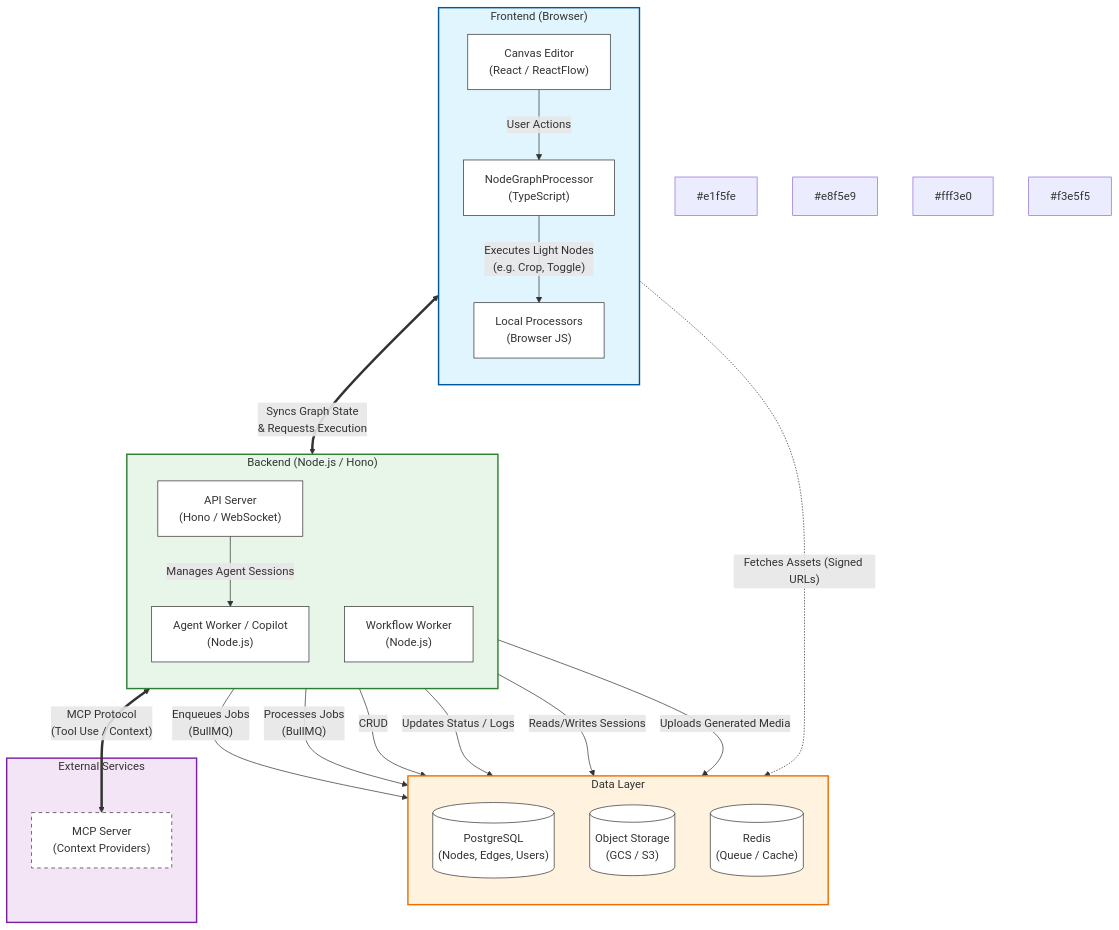
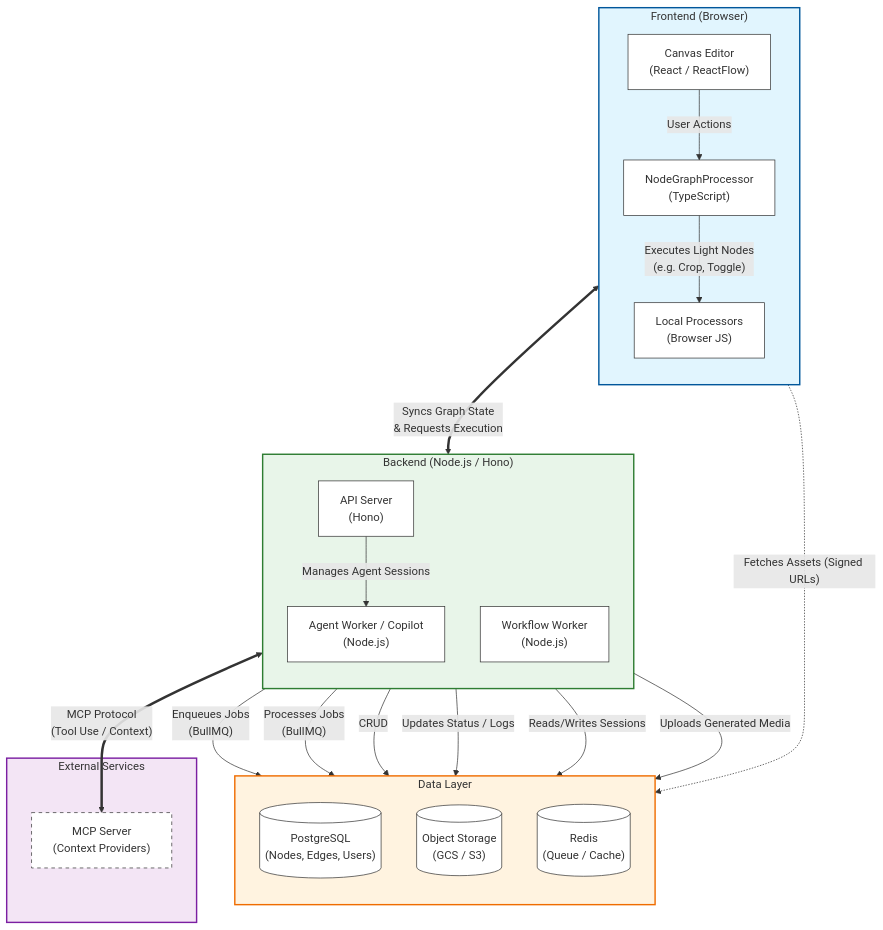
One commit to gatewai-dev/Gatewai changed the diagram in docs/architecture_diagram.md. Above: the diagram before and after it, drawn with Mermaid.

````diff
--- a/docs/architecture_diagram.md
+++ b/docs/architecture_diagram.md
@@ -5,70 +5,64 @@
 ```mermaid
 graph TB
-    %% Definitions
-    client_color["#e1f5fe"]
-    server_color["#e8f5e9"]
-    data_color["#fff3e0"]
-    ext_color["#f3e5f5"]
-
     subgraph Frontend["Frontend (Browser)"]
         direction TB
         style Frontend fill:#e1f5fe,stroke:#01579b,stroke-width:2px
         
         CanvasEditor["Canvas Editor<br>(React / ReactFlow)"]:::component
         NodeGraphProcessor["NodeGraphProcessor<br>(TypeScript)"]:::component
         LocalProcessors["Local Processors<br>(Browser JS)"]:::component
         
         CanvasEditor -- "User Actions" --> NodeGraphProcessor
         NodeGraphProcessor -- "Executes Light Nodes<br>(e.g. Crop, Toggle)" --> LocalProcessors
     end
 
     subgraph Backend["Backend (Node.js / Hono)"]
         direction TB
         style Backend fill:#e8f5e9,stroke:#2e7d32,stroke-width:2px
         
-        APIServer["API Server<br>(Hono / WebSocket)"]:::component
+        APIServer["API Server<br>(Hono)"]:::component
         WorkflowWorker["Workflow Worker<br>(Node.js)"]:::component
         AgentWorker["Agent Worker / Copilot<br>(Node.js)"]:::component
         
         APIServer -- "Manages Agent Sessions" --> AgentWorker
     end
 
     subgraph DataLayer["Data Layer"]
         direction TB
         style DataLayer fill:#fff3e0,stroke:#ef6c00,stroke-width:2px
         
         PostgreSQL[("PostgreSQL<br>(Nodes, Edges, Users)")]:::database
         ObjectStorage[("Object Storage<br>(GCS / S3)")]:::database
         Redis[("Redis<br>(Queue / Cache)")]:::database
     end
 
     subgraph External["External Services"]
         style External fill:#f3e5f5,stroke:#7b1fa2,stroke-width:2px
         
         MCPServer["MCP Server<br>(Context Providers)"]:::external
     end
 
     %% Key Interactions
     NodeGraphProcessor <== "Syncs Graph State<br>& Requests Execution" ==> APIServer
     
     %% Queue Interaction (BullMQ)
     APIServer -- "Enqueues Jobs<br>(BullMQ)" --> Redis
     WorkflowWorker -- "Processes Jobs<br>(BullMQ)" --> Redis
 
     %% Backend Data Access
     APIServer -- "CRUD" --> PostgreSQL
     WorkflowWorker -- "Updates Status / Logs" --> PostgreSQL
     AgentWorker -- "Reads/Writes Sessions" --> PostgreSQL
     
     %% Asset Flow
     WorkflowWorker -- "Uploads Generated Media" --> ObjectStorage
     NodeGraphProcessor -. "Fetches Assets (Signed URLs)" .-> ObjectStorage
     
     %% Agent Interactions
     AgentWorker <== "MCP Protocol<br>(Tool Use / Context)" ==> MCPServer
     
     %% Styling Classes
     classDef component fill:#ffffff,stroke:#333,stroke-width:1px;
     classDef database fill:#ffffff,stroke:#333,stroke-width:1px,shape:cylinder;
     classDef external fill:#ffffff,stroke:#333,stroke-width:1px,stroke-dasharray: 5 5;
 ```
````
